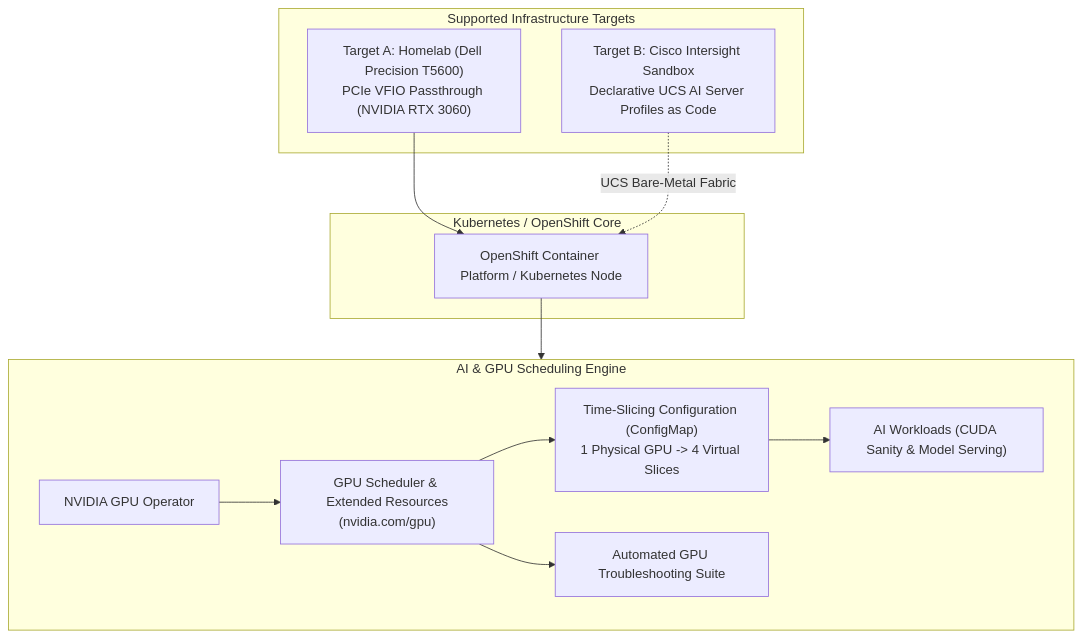
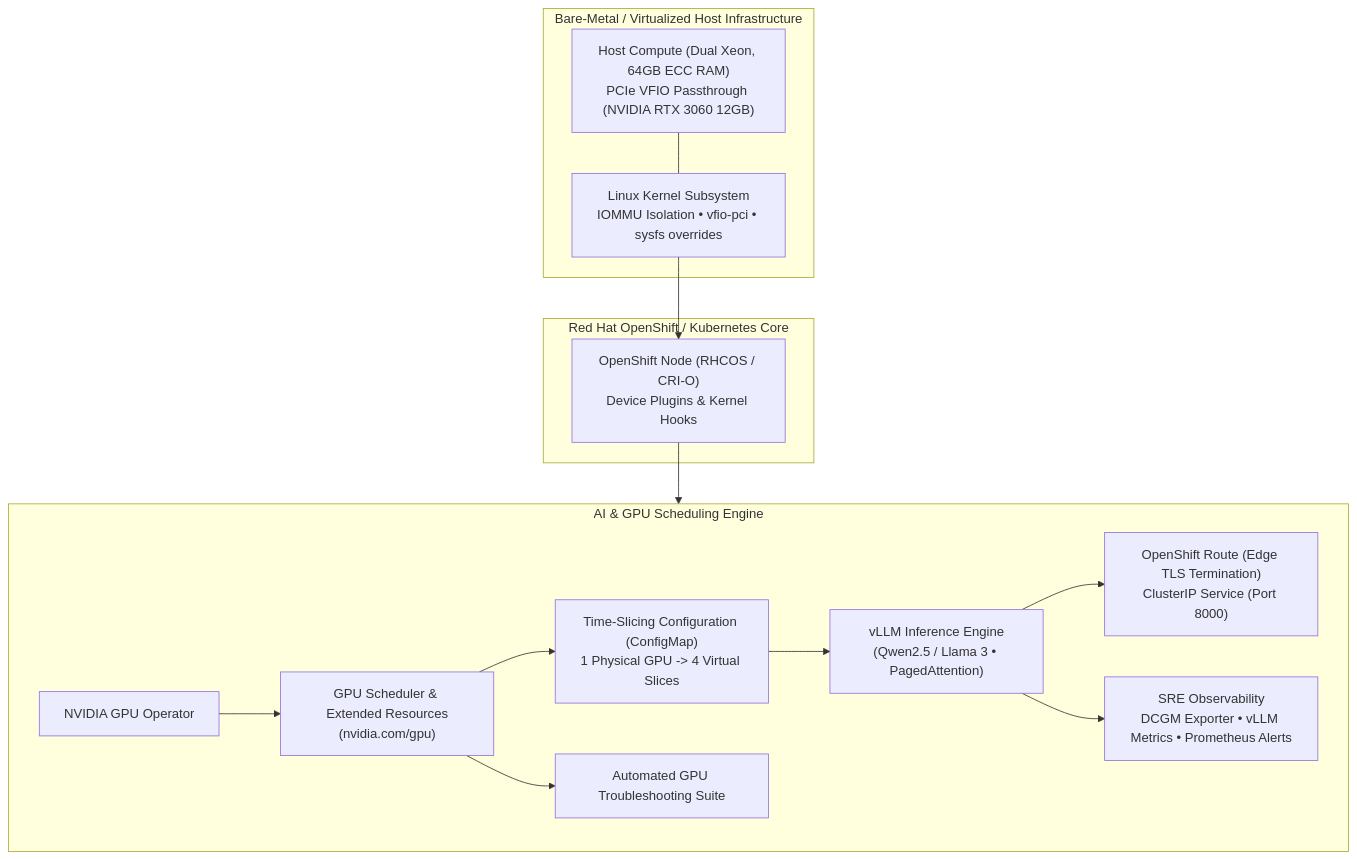
One commit to celttechie/openshift-ai-infrastructure changed the diagram in README.md. Above: the diagram before and after it, drawn with Mermaid. The commit also changed other lines of this file and 10 other files, not shown here.

````diff
--- a/README.md
+++ b/README.md
@@ -19,28 +19,32 @@
 ```mermaid
 flowchart TD
-    subgraph Targets["Supported Infrastructure Targets"]
-        T1["Target A: Homelab (Dell Precision T5600)<br>PCIe VFIO Passthrough (NVIDIA RTX 3060)"]
-        T2["Target B: Cisco Intersight Sandbox<br>Declarative UCS AI Server Profiles as Code"]
+    subgraph HostLayer["Bare-Metal / Virtualized Host Infrastructure"]
+        HW["Host Compute (Dual Xeon, 64GB ECC RAM)<br>PCIe VFIO Passthrough (NVIDIA RTX 3060 12GB)"]
+        SYS["Linux Kernel Subsystem<br>IOMMU Isolation • vfio-pci • sysfs overrides"]
+        HW --- SYS
     end
 
-    subgraph Platform["Kubernetes / OpenShift Core"]
-        K8S["OpenShift Container Platform / Kubernetes Node"]
+    subgraph Platform["Red Hat OpenShift / Kubernetes Core"]
+        SNO["OpenShift Node (RHCOS / CRI-O)<br>Device Plugins & Kernel Hooks"]
     end
 
     subgraph WorkloadLayer["AI & GPU Scheduling Engine"]
         OP["NVIDIA GPU Operator"]
         SCHED["GPU Scheduler & Extended Resources<br>(nvidia.com/gpu)"]
         TS["Time-Slicing Configuration (ConfigMap)<br>1 Physical GPU -> 4 Virtual Slices"]
-        PODS["AI Workloads (CUDA Sanity & Model Serving)"]
+        VLLM["vLLM Inference Engine<br>(Qwen2.5 / Llama 3 • PagedAttention)"]
+        INGRESS["OpenShift Route (Edge TLS Termination)<br>ClusterIP Service (Port 8000)"]
+        OBS["SRE Observability<br>DCGM Exporter • vLLM Metrics • Prometheus Alerts"]
         DIAG["Automated GPU Troubleshooting Suite"]
 
         OP --> SCHED
         SCHED --> TS
-        TS --> PODS
+        TS --> VLLM
+        VLLM --> INGRESS
         SCHED --> DIAG
+        VLLM --> OBS
     end
 
-    T1 --> K8S
-    T2 -.->|"UCS Bare-Metal Fabric"| K8S
-    K8S --> WorkloadLayer
+    SYS --> SNO
+    SNO --> WorkloadLayer
 ```
````
